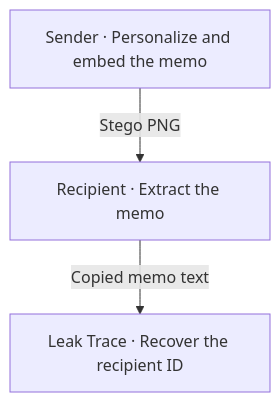
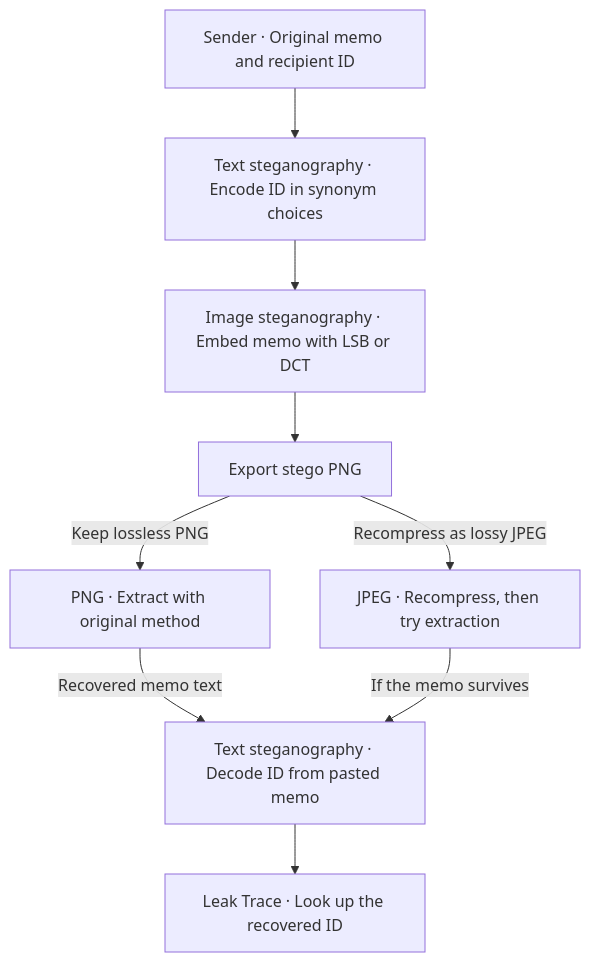
The diagram in README.md (SutikshanUpman/LEAKTRACE), drawn with Mermaid before and after one commit. The commit also changed other lines of this file, not shown here.

Commit message:
Show PNG and JPEG paths in the architecture

````diff
--- a/README.md
+++ b/README.md
@@ -20,8 +20,18 @@
 ```mermaid
 flowchart TD
-    Sender["Sender · Personalize and embed the memo"]
-    Recipient["Recipient · Extract the memo"]
-    Trace["Leak Trace · Recover the recipient ID"]
-    Sender -->|"Stego PNG"| Recipient
-    Recipient -->|"Copied memo text"| Trace
+    Input["Sender · Original memo and recipient ID"]
+    Fingerprint["Text steganography · Encode ID in synonym choices"]
+    Embed["Image steganography · Embed memo with LSB or DCT"]
+    Export["Export stego PNG"]
+    PNG["PNG · Extract with original method"]
+    JPEG["JPEG · Recompress, then try extraction"]
+    Trace["Text steganography · Decode ID from pasted memo"]
+    Result["Leak Trace · Look up the recovered ID"]
+
+    Input --> Fingerprint --> Embed --> Export
+    Export -->|"Keep lossless PNG"| PNG
+    Export -->|"Recompress as lossy JPEG"| JPEG
+    PNG -->|"Recovered memo text"| Trace
+    JPEG -->|"If the memo survives"| Trace
+    Trace --> Result
 ```
````
